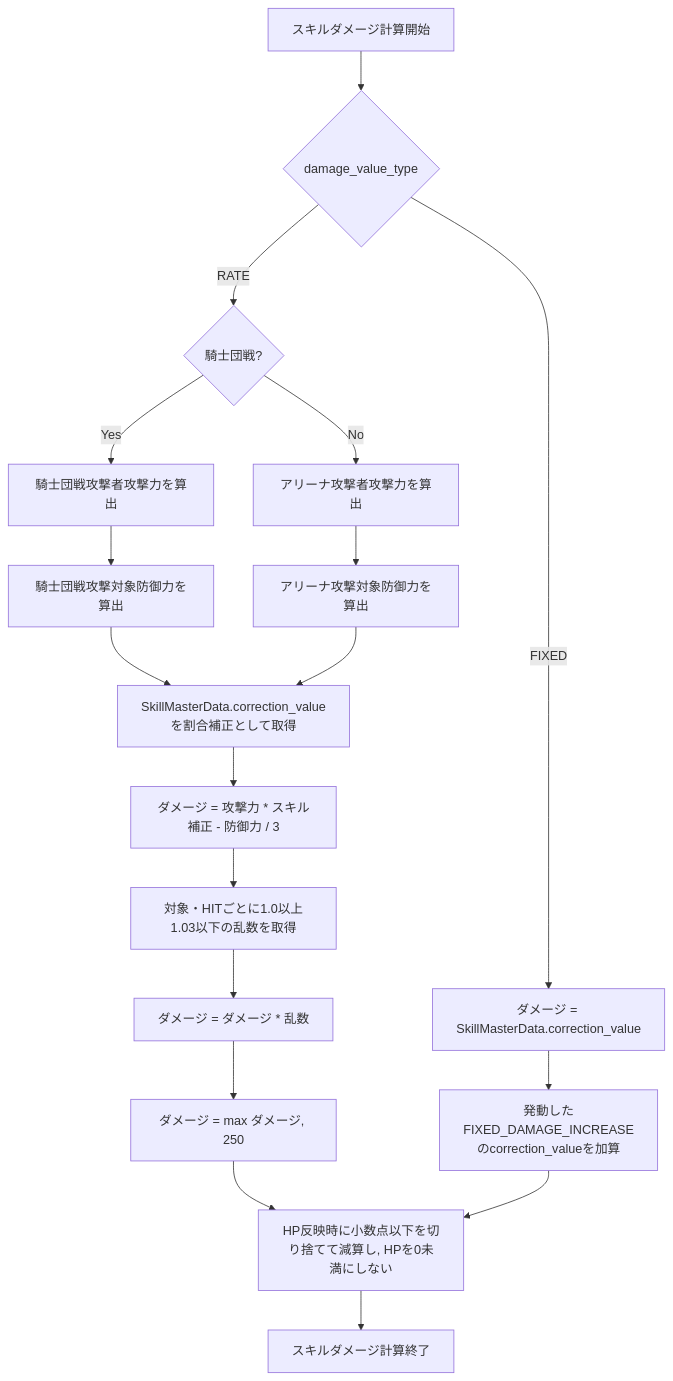
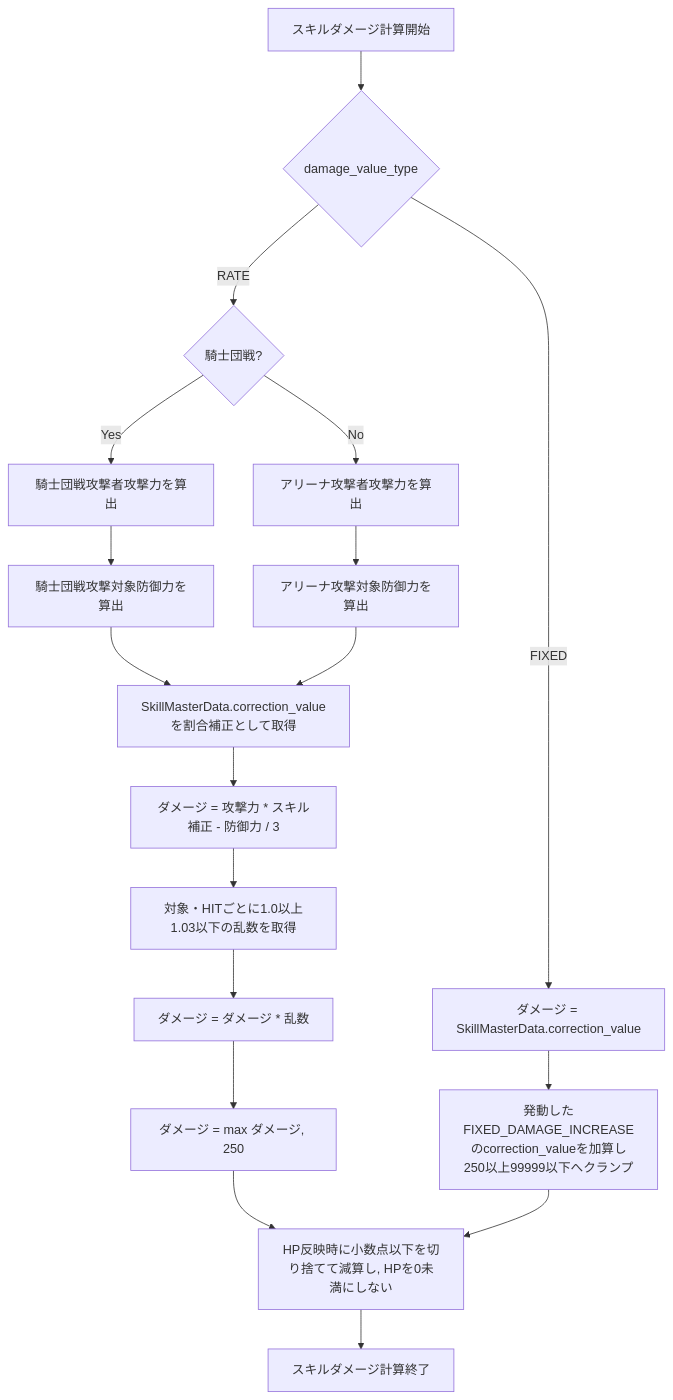
Before and after one commit to ReHydrangeaOdyssey/Specifications: the fourth of 5 diagrams in design/game/battle.md, drawn with Mermaid. The commit also changed other lines of this file and 16 other files, not shown here.

````diff
--- a/design/game/battle.md
+++ b/design/game/battle.md
@@ -123,26 +124,26 @@
 ```mermaid
 flowchart TD;
     Start[スキルダメージ計算開始];
     DamageType{damage_value_type};
     Mode{騎士団戦?};
     GuildAttack[騎士団戦攻撃者攻撃力を算出];
     GuildDefense[騎士団戦攻撃対象防御力を算出];
     ArenaAttack[アリーナ攻撃者攻撃力を算出];
     ArenaDefense[アリーナ攻撃対象防御力を算出];
     Correction[SkillMasterData.correction_valueを割合補正として取得];
     Base[ダメージ = 攻撃力 * スキル補正 - 防御力 / 3];
     Random[対象・HITごとに1.0以上1.03以下の乱数を取得];
     RandomDamage[ダメージ = ダメージ * 乱数];
     Min[ダメージ = max ダメージ, 250];
     Fixed[ダメージ = SkillMasterData.correction_value];
-    FixedIncrease[発動したFIXED_DAMAGE_INCREASEのcorrection_valueを加算];
+    FixedIncrease[発動したFIXED_DAMAGE_INCREASEのcorrection_valueを加算し250以上99999以下へクランプ];
     Apply[HP反映時に小数点以下を切り捨てて減算し, HPを0未満にしない];
     End[スキルダメージ計算終了];
 
     Start --> DamageType;
     DamageType -- RATE --> Mode;
     Mode -- Yes --> GuildAttack --> GuildDefense --> Correction;
     Mode -- No --> ArenaAttack --> ArenaDefense --> Correction;
     Correction --> Base --> Random --> RandomDamage --> Min --> Apply --> End;
     DamageType -- FIXED --> Fixed --> FixedIncrease --> Apply;
 ```
````
